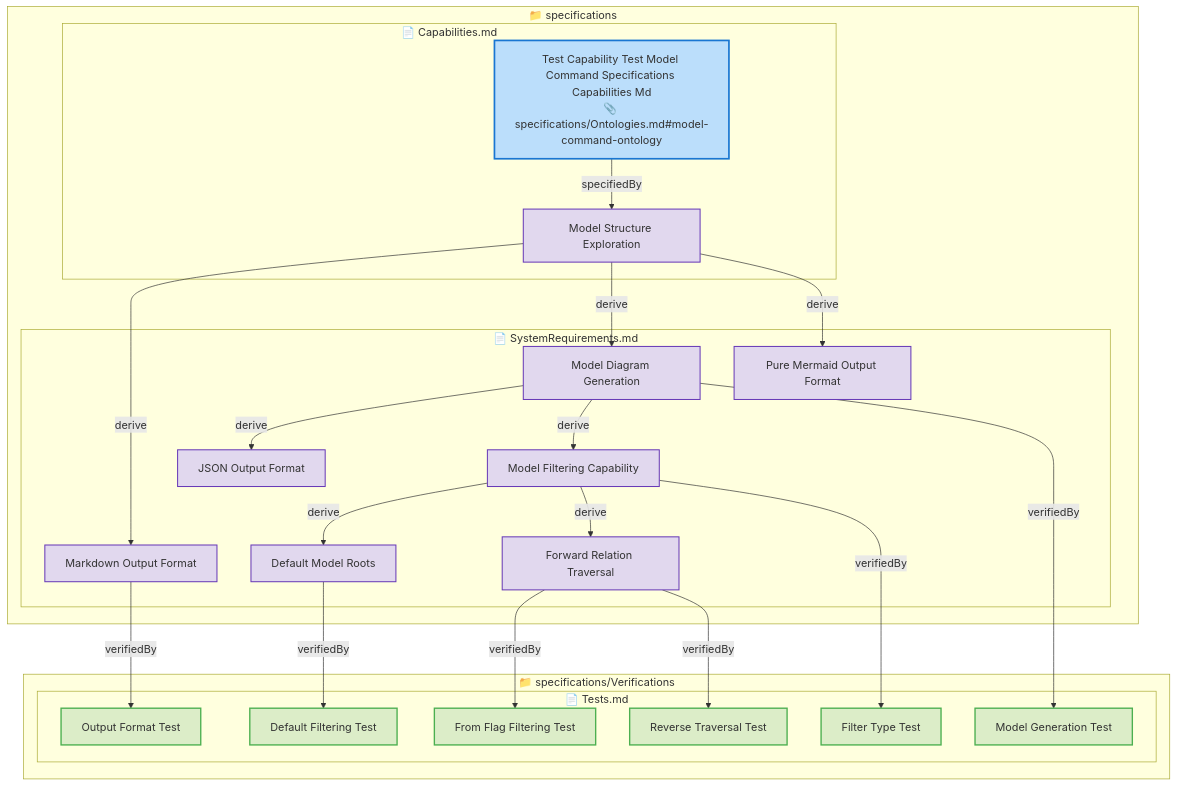
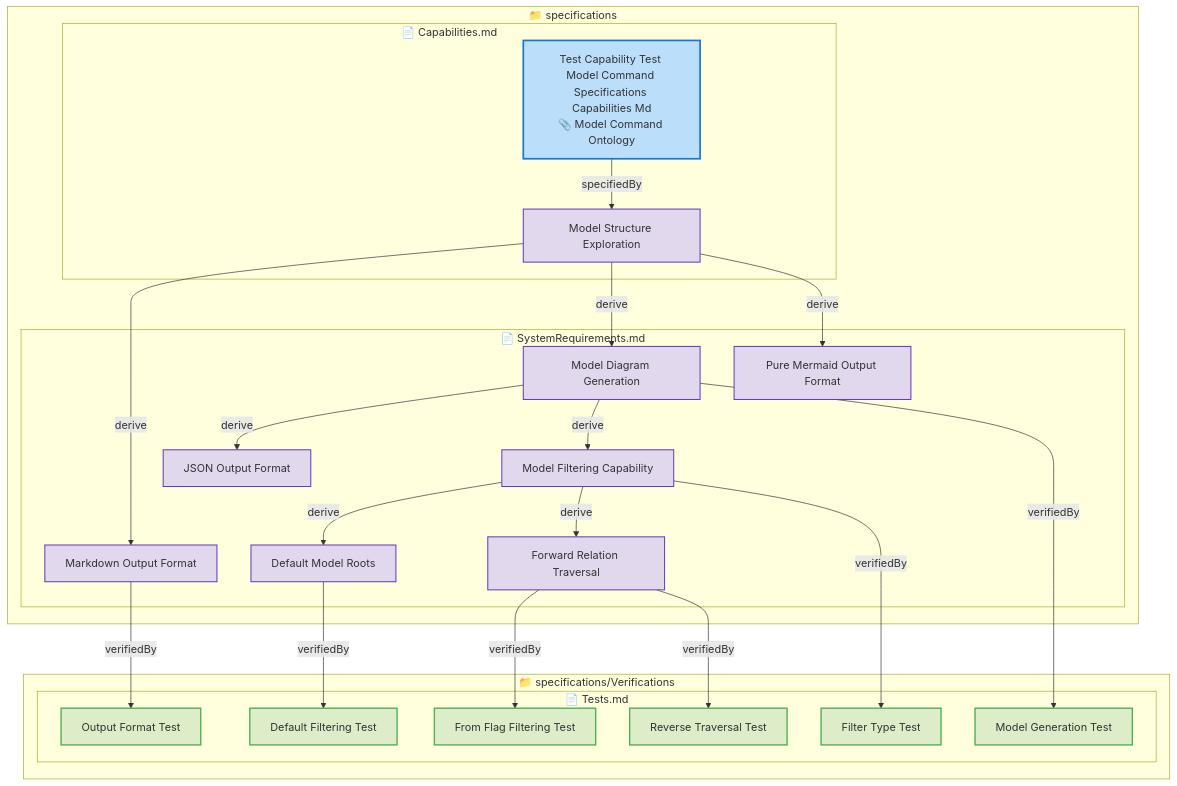
The diagram in tests/test-model-command/expected/expected_output.md (reqvire-org/reqvire), drawn with Mermaid before and after one commit. The commit also changed 347 other files, not shown here.

````diff
--- a/tests/test-model-command/expected/expected_output.md
+++ b/tests/test-model-command/expected/expected_output.md
@@ -15,81 +15,81 @@
 ```mermaid
 graph TD
   classDef capability fill:#BBDEFB,stroke:#1976D2,stroke-width:2.5px;
   classDef systemRequirement fill:#E1D8EE,stroke:#673AB7,stroke-width:1.5px;
   classDef ontology fill:#F4E3A1,stroke:#B08A00,stroke-width:2px;
   classDef verification fill:#DCEDC8,stroke:#4CAF50,stroke-width:2px;
   classDef default fill:#F5F5F5,stroke:#424242,stroke-width:1.5px;
 
   classDef folder fill:#FAFAFA,stroke:#9E9E9E,stroke-width:3px;
   classDef file fill:#FFF8E1,stroke:#FFCA28,stroke-width:2px;
 
   subgraph 9d68b769fcbc79d0["📁 specifications"]
     subgraph afe26fd45621e6a["📄 Capabilities.md"]
       458b8fd2c32e6014["Model Structure Exploration"];
       class 458b8fd2c32e6014 systemRequirement;
       click 458b8fd2c32e6014 "specifications/Capabilities.md#model-structure-exploration";
-      8c7466173ee6b05d["Test Capability Test Model Command Specifications Capabilities Md<br/>📎 specifications/Ontologies.md#model-command-ontology"];
+      8c7466173ee6b05d["Test Capability Test Model Command Specifications Capabilities Md<br/>📎 Model Command Ontology"];
       class 8c7466173ee6b05d capability;
       click 8c7466173ee6b05d "specifications/Capabilities.md#test-capability-test-model-command-specifications-capabilities-md";
     end
     subgraph 77808752d543f615["📄 SystemRequirements.md"]
       f352ca56d3ce0fdd["Default Model Roots"];
       class f352ca56d3ce0fdd systemRequirement;
       click f352ca56d3ce0fdd "specifications/SystemRequirements.md#default-model-roots";
       f7eb2f9d9cd7bb11["Forward Relation Traversal"];
       class f7eb2f9d9cd7bb11 systemRequirement;
       click f7eb2f9d9cd7bb11 "specifications/SystemRequirements.md#forward-relation-traversal";
       5abb4a3caae293d9["JSON Output Format"];
       class 5abb4a3caae293d9 systemRequirement;
       click 5abb4a3caae293d9 "specifications/SystemRequirements.md#json-output-format";
       25879bdc5e196bec["Markdown Output Format"];
       class 25879bdc5e196bec systemRequirement;
       click 25879bdc5e196bec "specifications/SystemRequirements.md#markdown-output-format";
       b7ec4bb3813f1dea["Model Diagram Generation"];
       class b7ec4bb3813f1dea systemRequirement;
       click b7ec4bb3813f1dea "specifications/SystemRequirements.md#model-diagram-generation";
       836c732a54d7f48f["Model Filtering Capability"];
       class 836c732a54d7f48f systemRequirement;
       click 836c732a54d7f48f "specifications/SystemRequirements.md#model-filtering-capability";
       28d69f5dca868721["Pure Mermaid Output Format"];
       class 28d69f5dca868721 systemRequirement;
       click 28d69f5dca868721 "specifications/SystemRequirements.md#pure-mermaid-output-format";
     end
   end
   subgraph 9f0649e759bd2822["📁 specifications/Verifications"]
     subgraph 7d9dffd79ed1d5b8["📄 Tests.md"]
       a2368d1b4b67f0d7["Default Filtering Test"];
       class a2368d1b4b67f0d7 verification;
       click a2368d1b4b67f0d7 "specifications/Verifications/Tests.md#default-filtering-test";
       bbd610799ac8e00f["Filter Type Test"];
       class bbd610799ac8e00f verification;
       click bbd610799ac8e00f "specifications/Verifications/Tests.md#filter-type-test";
       293200814c46cd0d["From Flag Filtering Test"];
       class 293200814c46cd0d verification;
       click 293200814c46cd0d "specifications/Verifications/Tests.md#from-flag-filtering-test";
       6e0e2613c4bfcfcb["Model Generation Test"];
       class 6e0e2613c4bfcfcb verification;
       click 6e0e2613c4bfcfcb "specifications/Verifications/Tests.md#model-generation-test";
       2f7b3b3deb29891d["Output Format Test"];
       class 2f7b3b3deb29891d verification;
       click 2f7b3b3deb29891d "specifications/Verifications/Tests.md#output-format-test";
       fb891ab92c9824aa["Reverse Traversal Test"];
       class fb891ab92c9824aa verification;
       click fb891ab92c9824aa "specifications/Verifications/Tests.md#reverse-traversal-test";
     end
   end
   8c7466173ee6b05d -->|specifiedBy| 458b8fd2c32e6014;
   458b8fd2c32e6014 -->|derive| 25879bdc5e196bec;
   25879bdc5e196bec -->|verifiedBy| 2f7b3b3deb29891d;
   458b8fd2c32e6014 -->|derive| b7ec4bb3813f1dea;
   b7ec4bb3813f1dea -->|derive| 5abb4a3caae293d9;
   b7ec4bb3813f1dea -->|derive| 836c732a54d7f48f;
   836c732a54d7f48f -->|derive| f352ca56d3ce0fdd;
   f352ca56d3ce0fdd -->|verifiedBy| a2368d1b4b67f0d7;
   836c732a54d7f48f -->|derive| f7eb2f9d9cd7bb11;
   f7eb2f9d9cd7bb11 -->|verifiedBy| 293200814c46cd0d;
   f7eb2f9d9cd7bb11 -->|verifiedBy| fb891ab92c9824aa;
   836c732a54d7f48f -->|verifiedBy| bbd610799ac8e00f;
   b7ec4bb3813f1dea -->|verifiedBy| 6e0e2613c4bfcfcb;
   458b8fd2c32e6014 -->|derive| 28d69f5dca868721;
 ```
````
